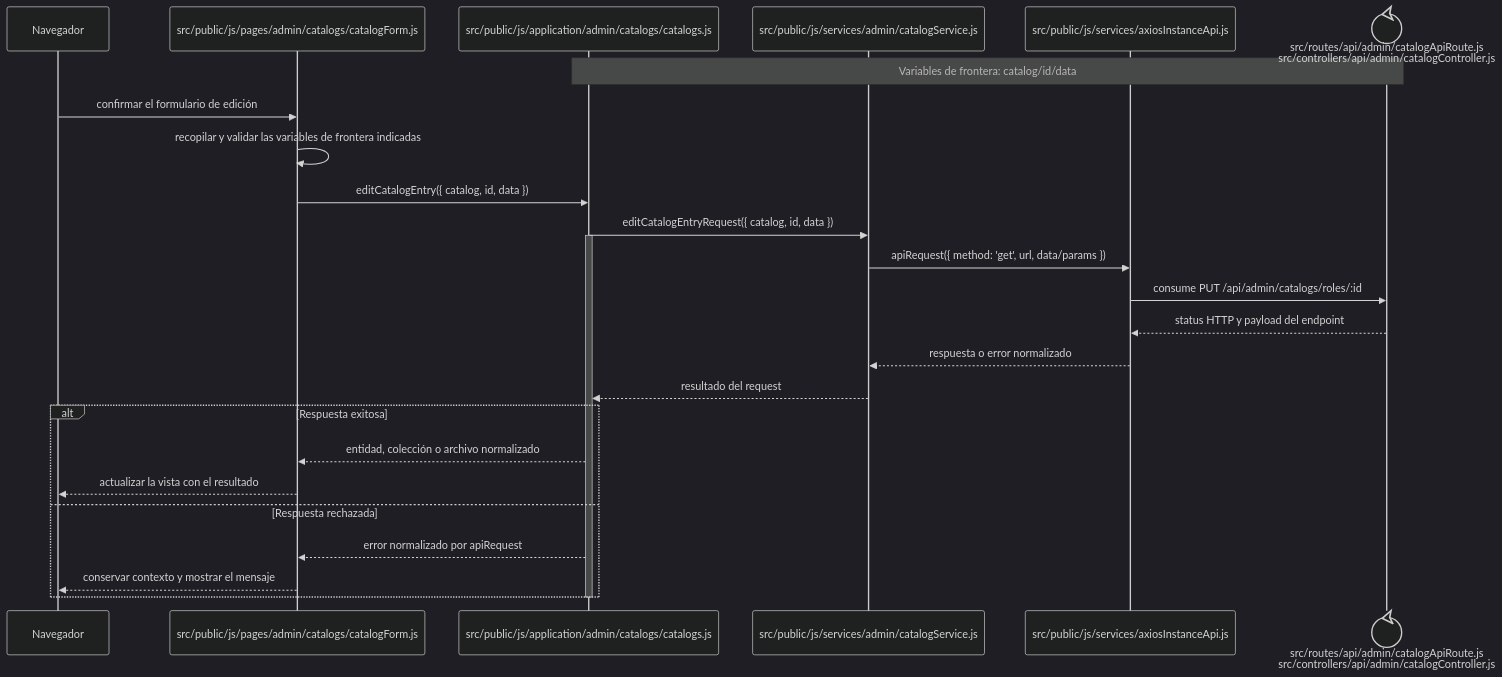
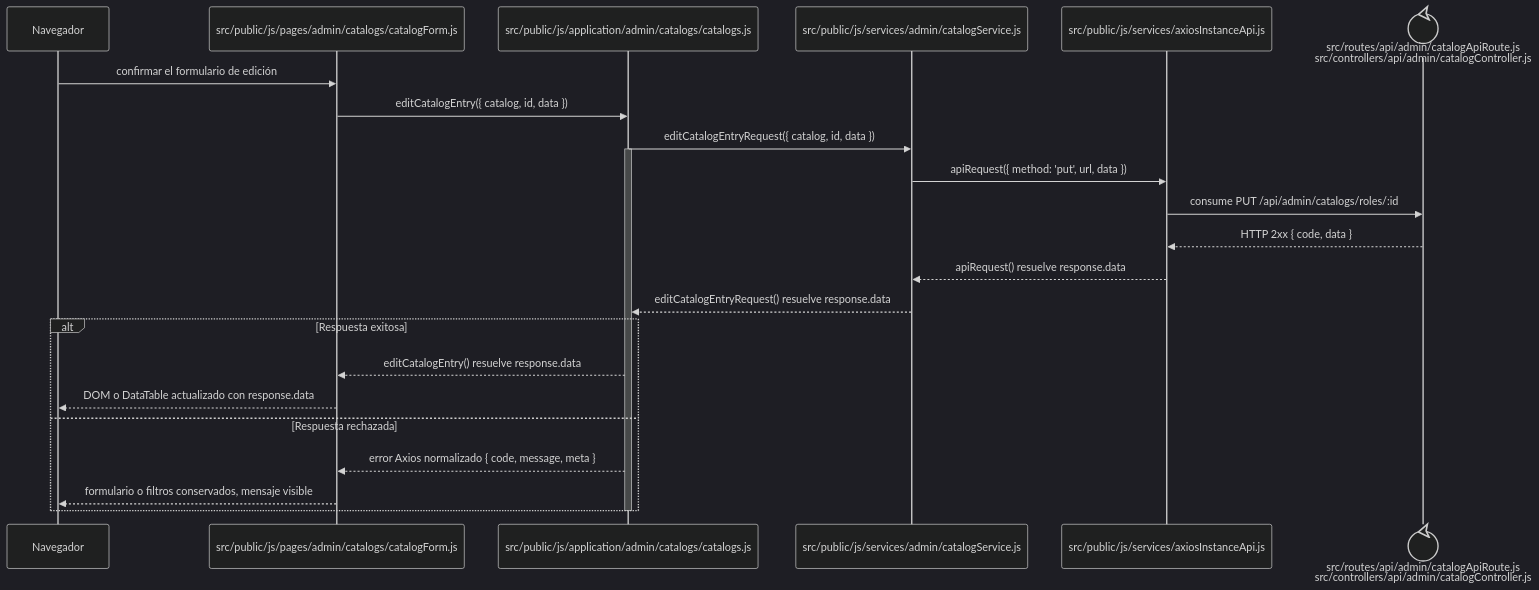
Before and after one commit to gpgsistemas01/nexus: the diagram in docs/architecture/frontend-code-sequences/catalogs/cu-cat-14.md, drawn with Mermaid (dark theme). The commit also changed 148 other files, not shown here.

````diff
--- a/docs/architecture/frontend-code-sequences/catalogs/cu-cat-14.md
+++ b/docs/architecture/frontend-code-sequences/catalogs/cu-cat-14.md
@@ -6,29 +6,27 @@
 ```mermaid
 sequenceDiagram
     participant Browser as Navegador
     participant View as src/public/js/pages/admin/catalogs/catalogForm.js
     participant Application as src/public/js/application/admin/catalogs/catalogs.js
     participant Request as src/public/js/services/admin/catalogService.js
     participant HTTP as src/public/js/services/axiosInstanceApi.js
     participant Transport@{ "type": "control" } as src/routes/api/admin/catalogApiRoute.js<br/>src/controllers/api/admin/catalogController.js
-    Note over Application,Transport: Variables de frontera: catalog/id/data
 
     Browser->>View: confirmar el formulario de edición
-    View->>View: recopilar y validar las variables de frontera indicadas
     View->>Application: editCatalogEntry({ catalog, id, data })
     Application->>Request: editCatalogEntryRequest({ catalog, id, data })
     activate Application
-    Request->>HTTP: apiRequest({ method: 'get', url, data/params })
+    Request->>HTTP: apiRequest({ method: 'put', url, data })
     HTTP->>Transport: consume PUT /api/admin/catalogs/roles/:id
-    Transport-->>HTTP: status HTTP y payload del endpoint
-    HTTP-->>Request: respuesta o error normalizado
-    Request-->>Application: resultado del request
+    Transport-->>HTTP: HTTP 2xx { code, data }
+    HTTP-->>Request: apiRequest() resuelve response.data
+    Request-->>Application: editCatalogEntryRequest() resuelve response.data
     alt Respuesta exitosa
-        Application-->>View: entidad, colección o archivo normalizado
-        View-->>Browser: actualizar la vista con el resultado
+        Application-->>View: editCatalogEntry() resuelve response.data
+        View-->>Browser: DOM o DataTable actualizado con response.data
     else Respuesta rechazada
-        Application-->>View: error normalizado por apiRequest
-        View-->>Browser: conservar contexto y mostrar el mensaje
+        Application-->>View: error Axios normalizado { code, message, meta }
+        View-->>Browser: formulario o filtros conservados, mensaje visible
     end
     deactivate Application
 ```
````
